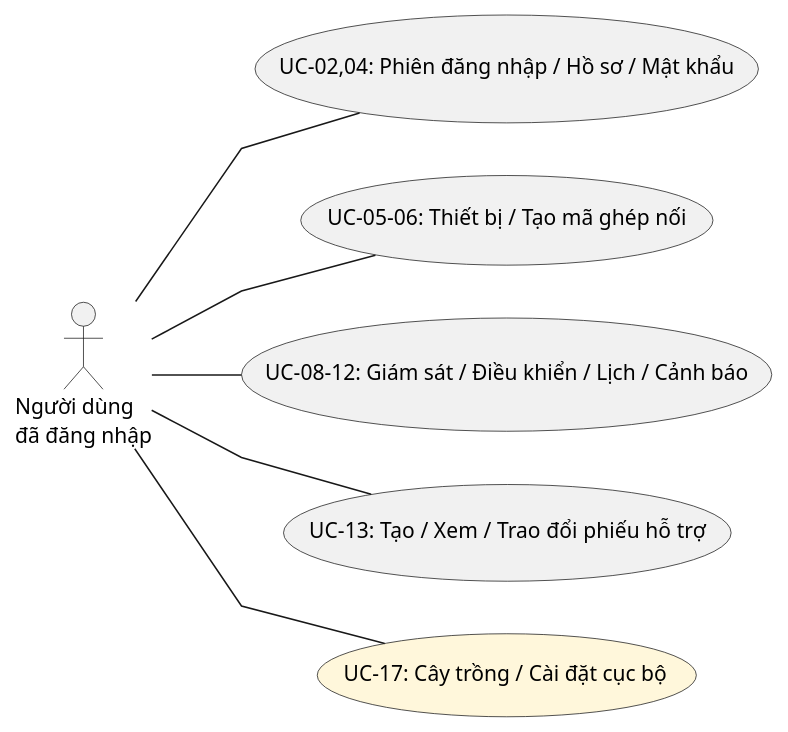
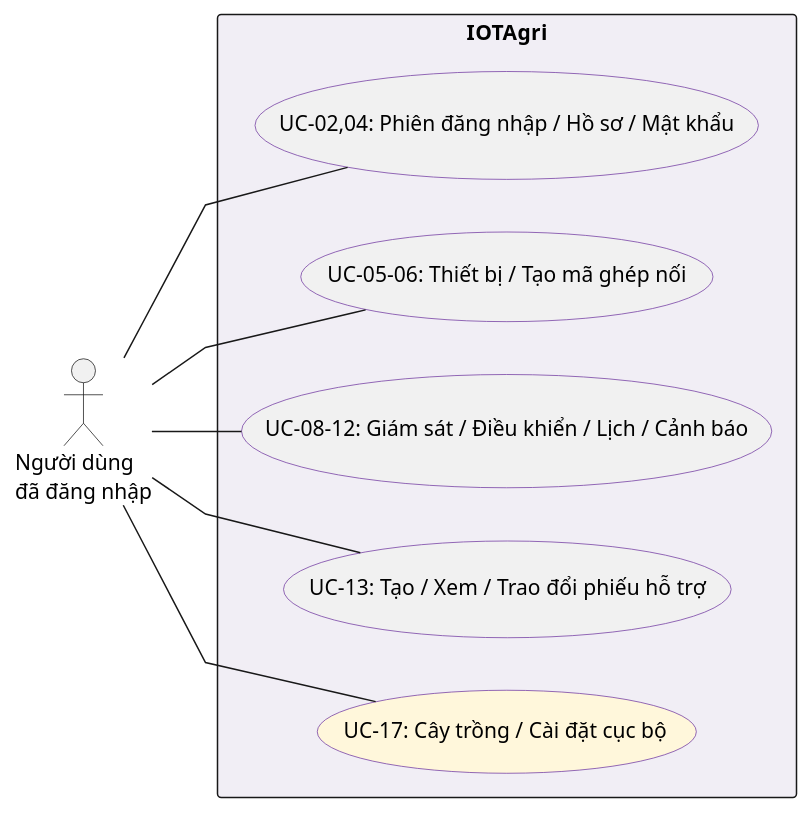
One commit to huuanh1411/IOTAgri changed the second of 5 diagrams in docs/diagrams/use-case-overview.puml. Above: the diagram before and after it, drawn with PlantUML. The commit also changed other lines of this file and 17 other files, not shown here.

Commit message:
docs: match UML reference with actors outside system boundary

```diff
--- a/docs/diagrams/use-case-overview.puml
+++ b/docs/diagrams/use-case-overview.puml
@@ -15,19 +19,23 @@
 @startuml use-case-overview-user
 left to right direction
 skinparam actorStyle stickman
 skinparam shadowing false
 skinparam linetype polyline
-' Một sơ đồ cho mỗi actor; không dùng khung bao.
-' SVG do render-use-cases.py xuất có actor ở giữa, use case tỏa ra hai bên.
+skinparam usecaseBorderColor #7138A0
+skinparam rectangleBackgroundColor #F1EEF5
+' Actor ở ngoài khung hệ thống; các use case bố trí so le bên trong.
+' SVG do render-use-cases.py xuất giữ bố cục theo hình mẫu UML.
 actor "Người dùng\nđã đăng nhập" as User
-usecase "UC-02,04: Phiên đăng nhập / Hồ sơ / Mật khẩu" as UserUC1
-usecase "UC-05–06: Thiết bị / Tạo mã ghép nối" as UserUC2
-usecase "UC-08–12: Giám sát / Điều khiển / Lịch / Cảnh báo" as UserUC3
-usecase "UC-13: Tạo / Xem / Trao đổi phiếu hỗ trợ" as UserUC4
-usecase "UC-17: Cây trồng / Cài đặt cục bộ" as UserUC5 #FFF7DB
+rectangle "IOTAgri" {
+  usecase "UC-02,04: Phiên đăng nhập / Hồ sơ / Mật khẩu" as UserUC1
+  usecase "UC-05–06: Thiết bị / Tạo mã ghép nối" as UserUC2
+  usecase "UC-08–12: Giám sát / Điều khiển / Lịch / Cảnh báo" as UserUC3
+  usecase "UC-13: Tạo / Xem / Trao đổi phiếu hỗ trợ" as UserUC4
+  usecase "UC-17: Cây trồng / Cài đặt cục bộ" as UserUC5 #FFF7DB
+}
 User -- UserUC1
 User -- UserUC2
 User -- UserUC3
 User -- UserUC4
 User -- UserUC5
 @enduml
```
